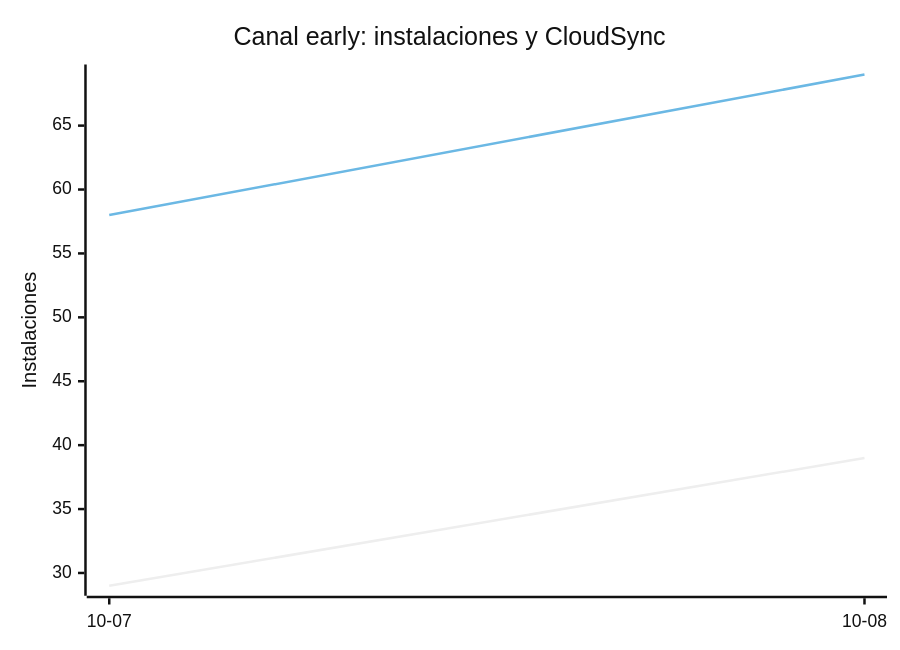
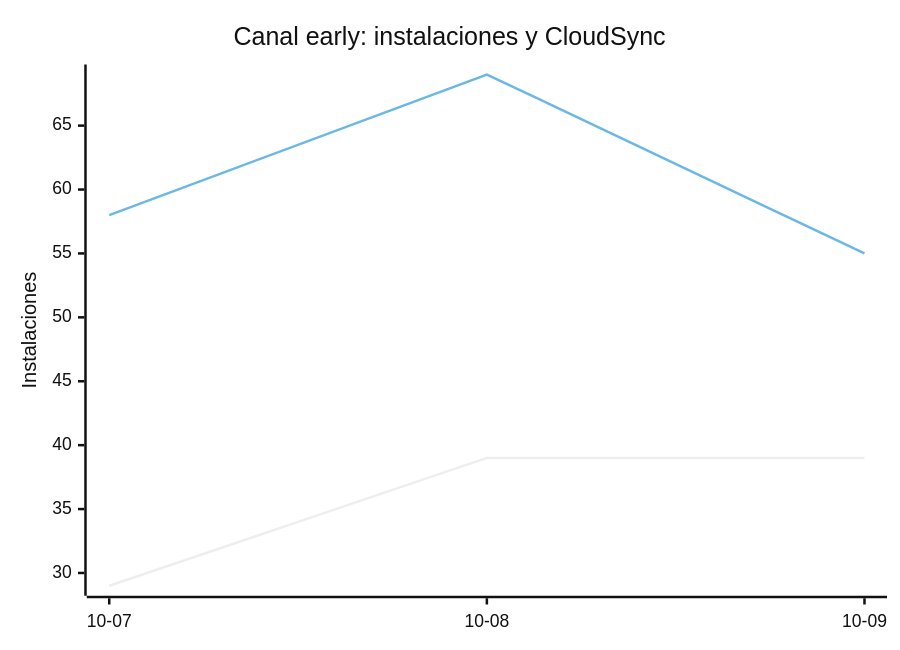
Before and after one commit to EmuDeck/stats: the eighth of 8 diagrams in README.md, drawn with Mermaid (neutral theme). The commit also changed other lines of this file and 2 other files, not shown here.

````diff
--- a/README.md
+++ b/README.md
@@ -102,8 +102,8 @@
 ```mermaid
 xychart-beta
     title "Canal early: instalaciones y CloudSync"
-    x-axis ["10-07", "10-08"]
+    x-axis ["10-07", "10-08", "10-09"]
     y-axis "Instalaciones"
-    line [29, 39]
-    line [58, 69]
+    line [29, 39, 39]
+    line [58, 69, 55]
 ```
````
